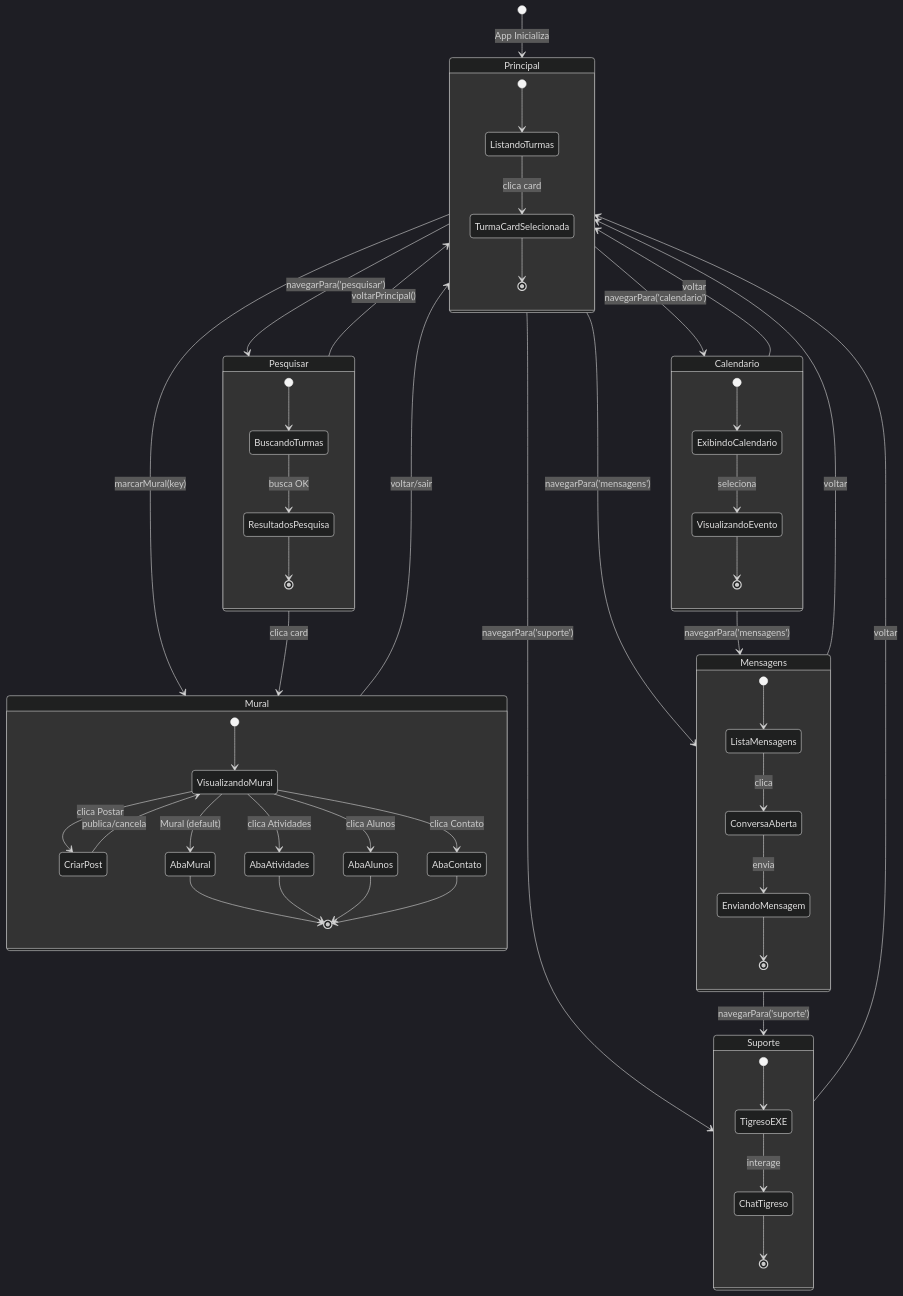
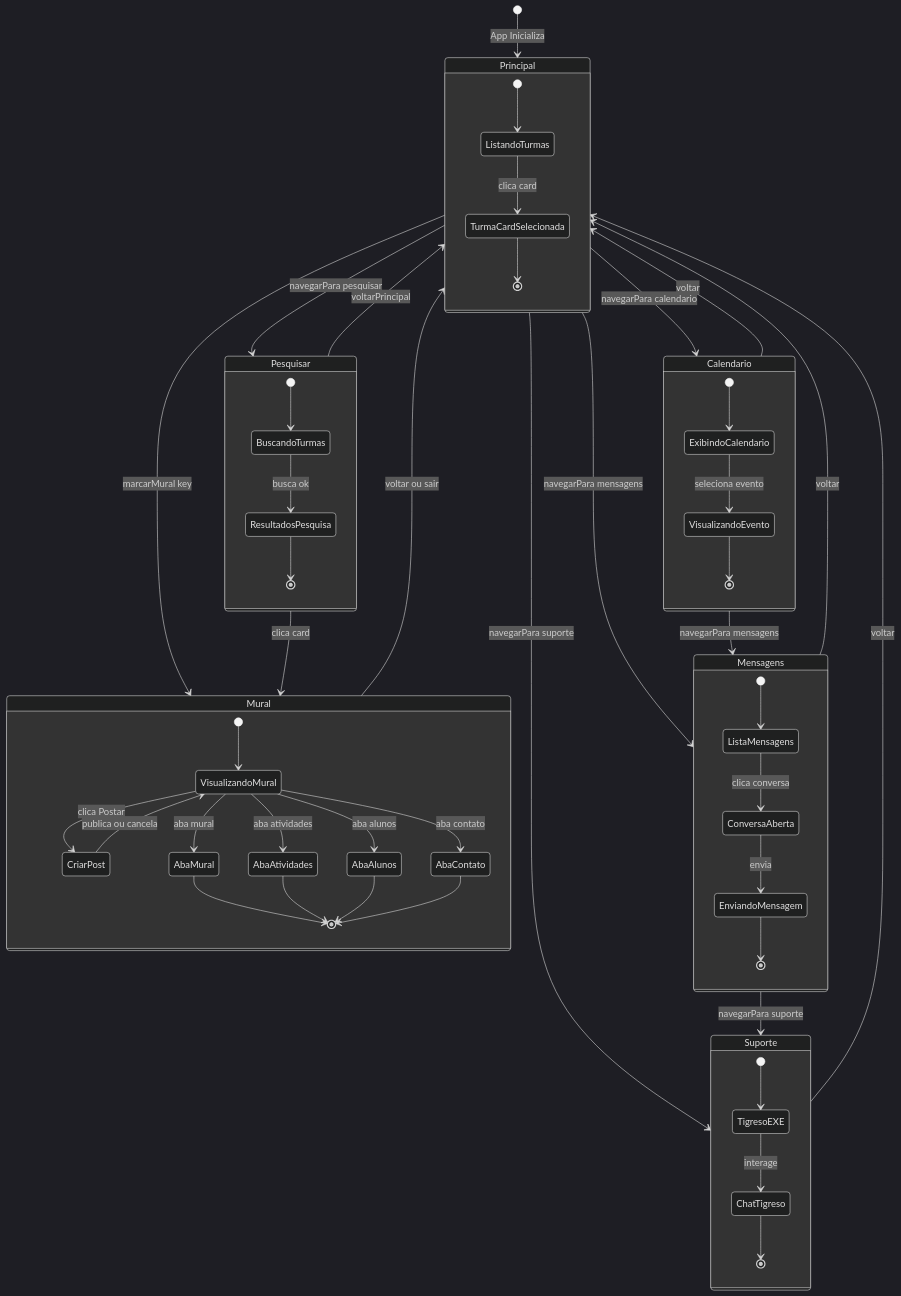
Before and after one commit to NexusMindCorp/NexusClass: the diagram in estado_transicoes.mmd, drawn with Mermaid (dark theme). The commit also changed 1 other file, not shown here.

Commit message:
feat: add sequence diagram and update state transition diagram for application flow

```diff
--- a/estado_transicoes.mmd
+++ b/estado_transicoes.mmd
@@ -1,73 +1,63 @@
 stateDiagram-v2
-    %% NexusClass - Diagrama de Transição de Estados
     [*] --> Principal: App Inicializa
-    
-    %% ==================== ESTADO: PRINCIPAL ====================
+
     state Principal {
         [*] --> ListandoTurmas
         ListandoTurmas --> TurmaCardSelecionada: clica card
         TurmaCardSelecionada --> [*]
     }
-    
-    %% ==================== ESTADO: MURAL ====================
+
     state Mural {
         [*] --> VisualizandoMural
         VisualizandoMural --> CriarPost: clica Postar
-        CriarPost --> VisualizandoMural: publica/cancela
-        VisualizandoMural --> AbaMural: Mural (default)
-        VisualizandoMural --> AbaAtividades: clica Atividades
-        VisualizandoMural --> AbaAlunos: clica Alunos
-        VisualizandoMural --> AbaContato: clica Contato
+        CriarPost --> VisualizandoMural: publica ou cancela
+        VisualizandoMural --> AbaMural: aba mural
+        VisualizandoMural --> AbaAtividades: aba atividades
+        VisualizandoMural --> AbaAlunos: aba alunos
+        VisualizandoMural --> AbaContato: aba contato
         AbaMural --> [*]
         AbaAtividades --> [*]
         AbaAlunos --> [*]
         AbaContato --> [*]
     }
-    
-    %% ==================== ESTADO: PESQUISAR ====================
+
     state Pesquisar {
         [*] --> BuscandoTurmas
-        BuscandoTurmas --> ResultadosPesquisa: busca OK
+        BuscandoTurmas --> ResultadosPesquisa: busca ok
         ResultadosPesquisa --> [*]
     }
-    
-    %% ==================== ESTADO: CALENDARIO ====================
+
     state Calendario {
         [*] --> ExibindoCalendario
-        ExibindoCalendario --> VisualizandoEvento: seleciona
+        ExibindoCalendario --> VisualizandoEvento: seleciona evento
         VisualizandoEvento --> [*]
     }
-    
-    %% ==================== ESTADO: MENSAGENS ====================
+
     state Mensagens {
         [*] --> ListaMensagens
-        ListaMensagens --> ConversaAberta: clica
+        ListaMensagens --> ConversaAberta: clica conversa
         ConversaAberta --> EnviandoMensagem: envia
         EnviandoMensagem --> [*]
     }
-    
-    %% ==================== ESTADO: SUPORTE ====================
+
     state Suporte {
         [*] --> TigresoEXE
         TigresoEXE --> ChatTigreso: interage
         ChatTigreso --> [*]
     }
-    
-    %% ==================== NAVEGAÇÃO PRINCIPAL ====================
-    Principal --> Pesquisar: navegarPara('pesquisar')
-    Principal --> Calendario: navegarPara('calendario')
-    Principal --> Mensagens: navegarPara('mensagens')
-    Principal --> Suporte: navegarPara('suporte')
-    Principal --> Mural: marcarMural(key)
-    
-    %% ==================== RETORNOS PARA PRINCIPAL ====================
-    Pesquisar --> Principal: voltarPrincipal()
+
+    Principal --> Pesquisar: navegarPara pesquisar
+    Principal --> Calendario: navegarPara calendario
+    Principal --> Mensagens: navegarPara mensagens
+    Principal --> Suporte: navegarPara suporte
+    Principal --> Mural: marcarMural key
+
+    Pesquisar --> Principal: voltarPrincipal
     Calendario --> Principal: voltar
     Mensagens --> Principal: voltar
     Suporte --> Principal: voltar
-    Mural --> Principal: voltar/sair
-    
-    %% ==================== ATALHOS (SEM PASSAR POR PRINCIPAL) ====================
+    Mural --> Principal: voltar ou sair
+
     Pesquisar --> Mural: clica card
-    Calendario --> Mensagens: navegarPara('mensagens')
-    Mensagens --> Suporte: navegarPara('suporte')
+    Calendario --> Mensagens: navegarPara mensagens
+    Mensagens --> Suporte: navegarPara suporte
```
